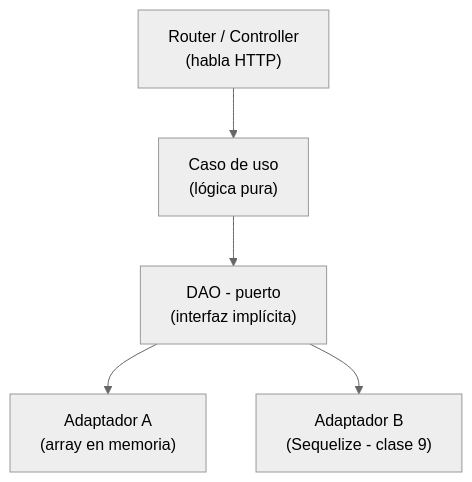
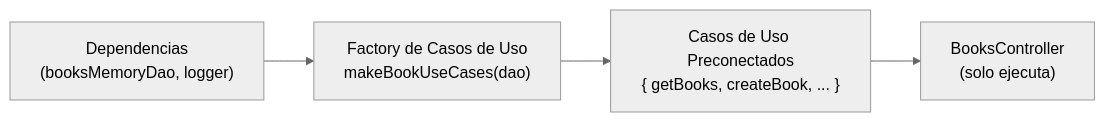
Before and after one commit to Gaston-Sartini/jueves_tp2a_ya: the diagram in material-teorico.md, drawn with Mermaid (neutral theme). The commit also changed other lines of this file and 3 other files, not shown here.

````diff
--- a/material-teorico.md
+++ b/material-teorico.md
@@ -89,13 +127,6 @@
 ```mermaid
-flowchart TD
-    R["Router / Controller\n(habla HTTP)"]
-    CU["Caso de uso\n(lógica pura)"]
-    DAO["DAO - puerto\n(interfaz implícita)"]
-    A1["Adaptador A\n(array en memoria)"]
-    A2["Adaptador B\n(Sequelize - clase 9)"]
-
-    R --> CU
-    CU --> DAO
-    DAO --> A1
-    DAO --> A2
+flowchart LR
+    Deps["Dependencias\n(booksMemoryDao, logger)"] --> Factory["Factory de Casos de Uso\nmakeBookUseCases(dao)"]
+    Factory --> UC["Casos de Uso Preconectados\n{ getBooks, createBook, ... }"]
+    UC --> Controller["BooksController\n(solo ejecuta)"]
 ```
````
